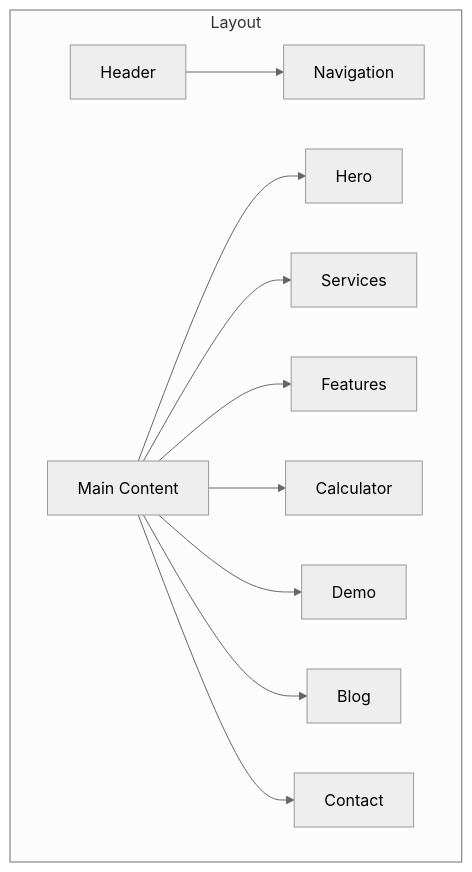
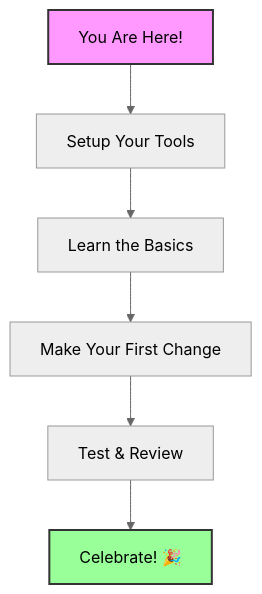
The diagram in GUIDE.md (valentelligent/valYOU_landing_page), drawn with Mermaid (neutral theme) before and after one commit. The commit also changed other lines of this file and 2 other files, not shown here.

Commit message:
Agent query: Please verify if the following UI enhancements are working correctly: 1. Gradient text animation in hero section 2. Enhanced button hover effects 3. Floating labels in contact form 4. Card hover animations 5. Overall modern look and feel

````diff
--- a/GUIDE.md
+++ b/GUIDE.md
@@ -25,13 +11,11 @@
 ```mermaid
-graph TB
-    subgraph Layout
-        A[Header] --> B[Navigation]
-        C[Main Content] --> D[Hero]
-        C --> E[Services]
-        C --> F[Features]
-        C --> G[Calculator]
-        C --> H[Demo]
-        C --> I[Blog]
-        C --> J[Contact]
-    end
+graph TD
+    A[You Are Here!] --> B[Setup Your Tools]
+    B --> C[Learn the Basics]
+    C --> D[Make Your First Change]
+    D --> E[Test & Review]
+    E --> F[Celebrate! 🎉]
+    
+    style A fill:#f9f,stroke:#333,stroke-width:2px
+    style F fill:#9f9,stroke:#333,stroke-width:2px
 ```
````
